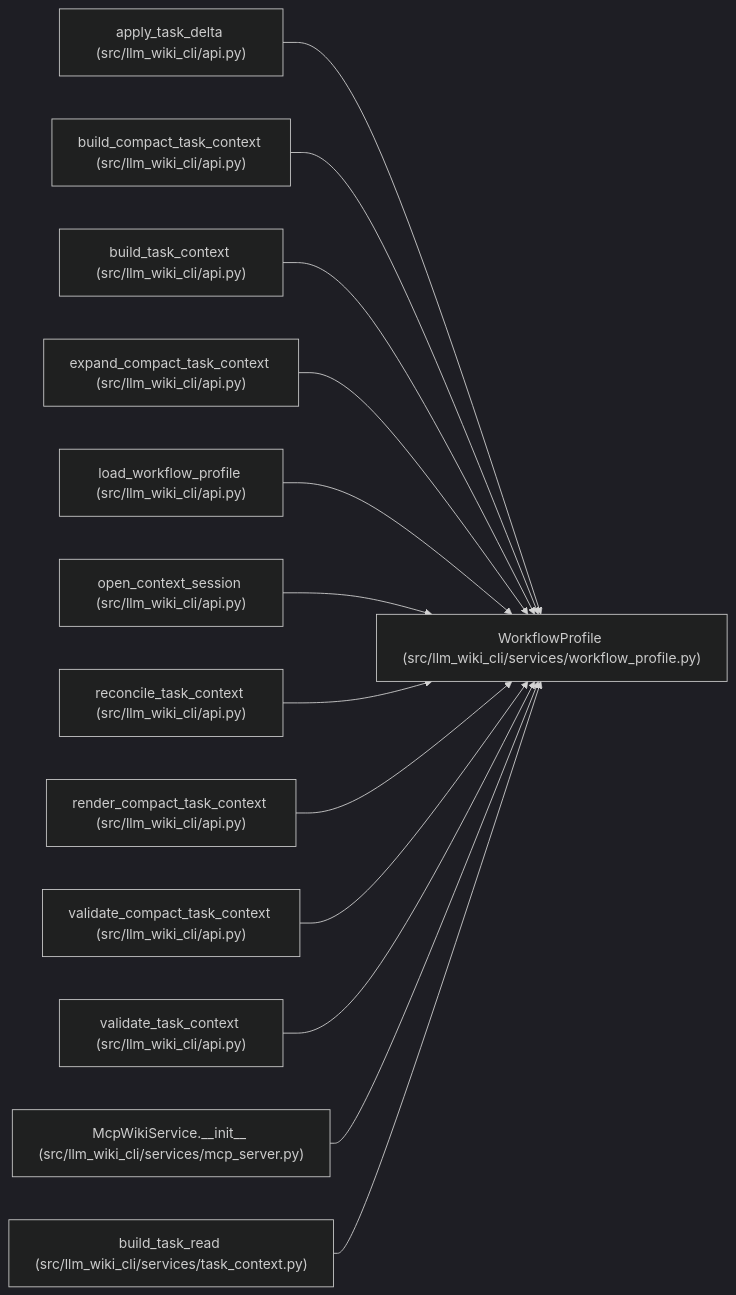
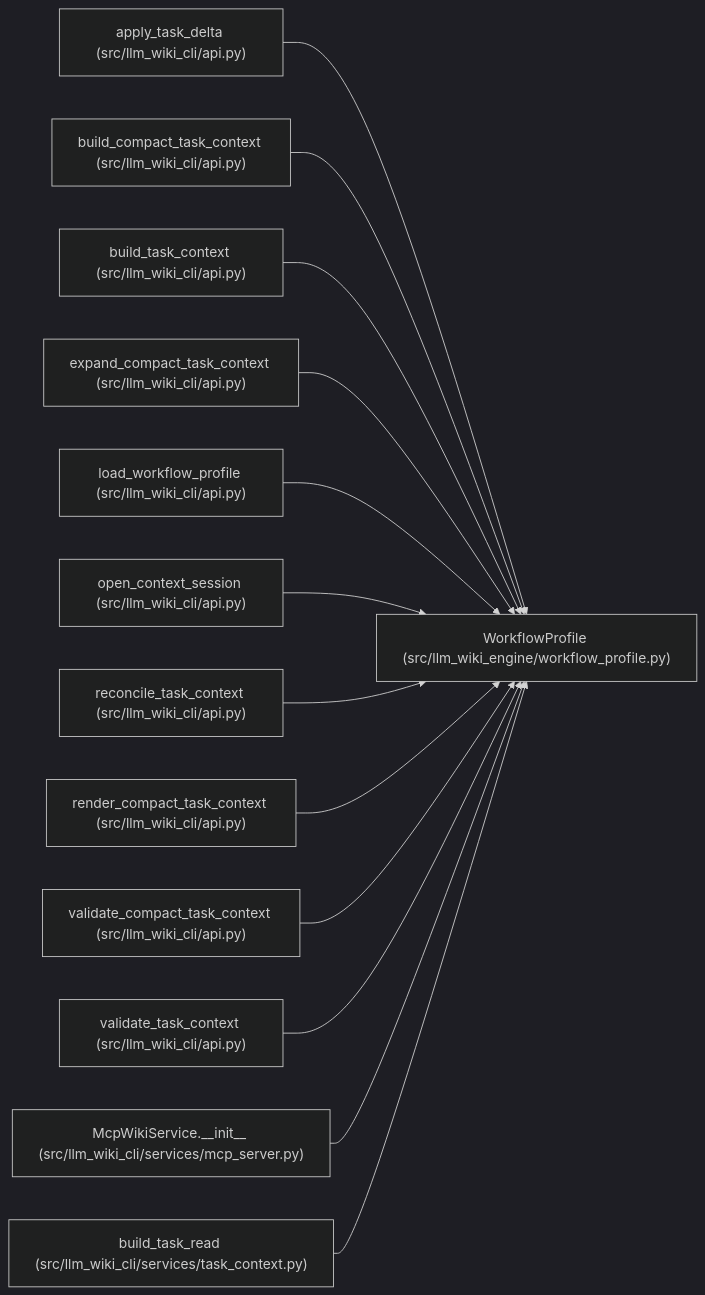
The diagram in docs/llm_wiki/entities/WorkflowProfile.md (Denissvgn/python-wiki-llm), drawn with Mermaid (dark theme) before and after one commit. The commit also changed other lines of this file and 1103 other files, not shown here.

First line of the commit message:
docs: refresh the wiki for the llm-wiki-engine distribution

````diff
--- a/docs/llm_wiki/entities/WorkflowProfile.md
+++ b/docs/llm_wiki/entities/WorkflowProfile.md
@@ -32,41 +32,41 @@
 ```mermaid
 flowchart LR
-    n0["WorkflowProfile (src/llm_wiki_cli/services/workflow_profile.py)"]
+    n0["WorkflowProfile (src/llm_wiki_engine/workflow_profile.py)"]
     n1["apply_task_delta (src/llm_wiki_cli/api.py)"]
     n2["build_compact_task_context (src/llm_wiki_cli/api.py)"]
     n3["build_task_context (src/llm_wiki_cli/api.py)"]
     n4["expand_compact_task_context (src/llm_wiki_cli/api.py)"]
     n5["load_workflow_profile (src/llm_wiki_cli/api.py)"]
     n6["open_context_session (src/llm_wiki_cli/api.py)"]
     n7["reconcile_task_context (src/llm_wiki_cli/api.py)"]
     n8["render_compact_task_context (src/llm_wiki_cli/api.py)"]
     n9["validate_compact_task_context (src/llm_wiki_cli/api.py)"]
     n10["validate_task_context (src/llm_wiki_cli/api.py)"]
     n11["McpWikiService.__init__ (src/llm_wiki_cli/services/mcp_server.py)"]
     n12["build_task_read (src/llm_wiki_cli/services/task_context.py)"]
     n1 --> n0
     n2 --> n0
     n3 --> n0
     n4 --> n0
     n5 --> n0
     n6 --> n0
     n7 --> n0
     n8 --> n0
     n9 --> n0
     n10 --> n0
     n11 --> n0
     n12 --> n0
     click n0 "../modules/workflow_profile.md"
     click n1 "../modules/api.md"
     click n2 "../modules/api.md"
     click n3 "../modules/api.md"
     click n4 "../modules/api.md"
     click n5 "../modules/api.md"
     click n6 "../modules/api.md"
     click n7 "../modules/api.md"
     click n8 "../modules/api.md"
     click n9 "../modules/api.md"
     click n10 "../modules/api.md"
     click n11 "../modules/mcp_server.md"
     click n12 "../modules/task_context.md"
 ```
````
